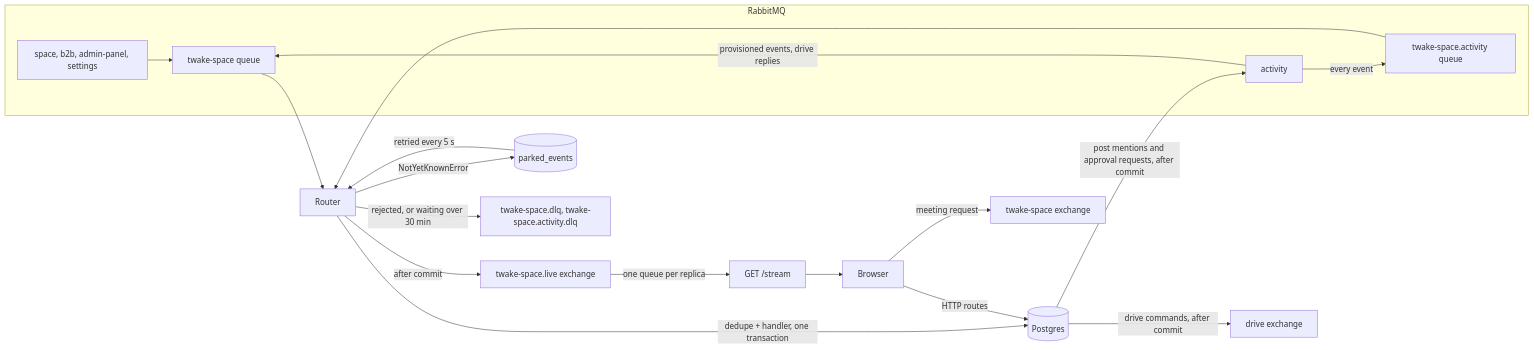
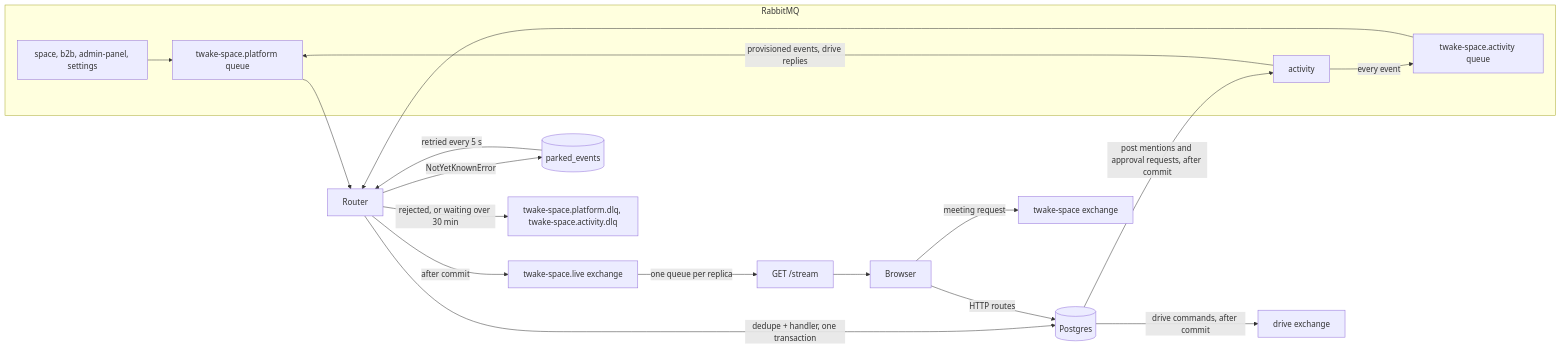
One commit to linagora/twake-space changed the first of 5 diagrams in docs/events.md. Above: the diagram before and after it, drawn with Mermaid. The commit also changed other lines of this file and 10 other files, not shown here.

````diff
--- a/docs/events.md
+++ b/docs/events.md
@@ -16,25 +16,25 @@
 ```mermaid
 flowchart LR
   subgraph RabbitMQ
     P["space, b2b, admin-panel, settings"]
     A[activity]
-    Q[twake-space queue]
+    Q[twake-space.platform queue]
     AQ[twake-space.activity queue]
   end
   P --> Q
   A -->|provisioned events, drive replies| Q
   A -->|every event| AQ
   Q --> R[Router]
   AQ --> R
   R -->|dedupe + handler, one transaction| PG[(Postgres)]
   R -->|NotYetKnownError| PE[(parked_events)]
   PE -->|retried every 5 s| R
-  R -->|rejected, or waiting over 30 min| DLQ["twake-space.dlq, twake-space.activity.dlq"]
+  R -->|rejected, or waiting over 30 min| DLQ["twake-space.platform.dlq, twake-space.activity.dlq"]
   R -->|after commit| L[twake-space.live exchange]
   L -->|one queue per replica| SSE[GET /stream]
   SSE --> B[Browser]
   B -->|HTTP routes| PG
   B -->|meeting request| M[twake-space exchange]
   PG -->|drive commands, after commit| D[drive exchange]
   PG -->|post mentions and approval requests, after commit| A
 ```
````
